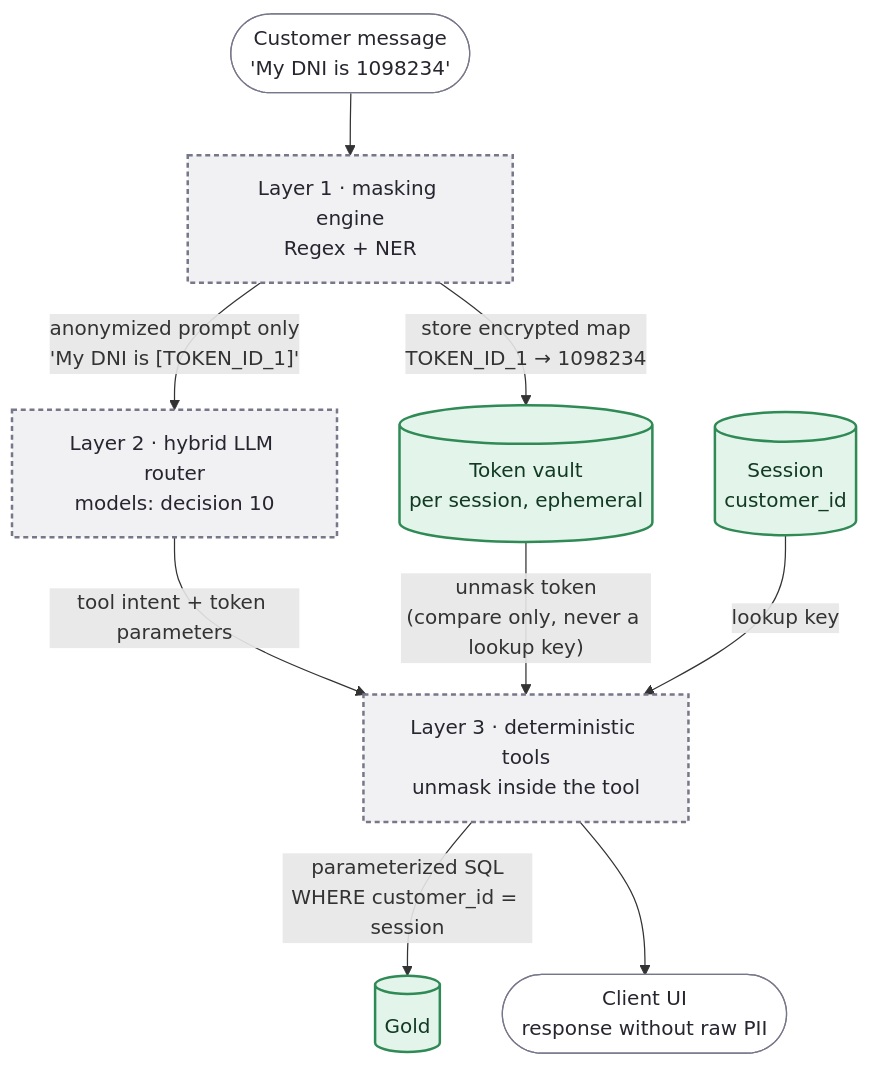
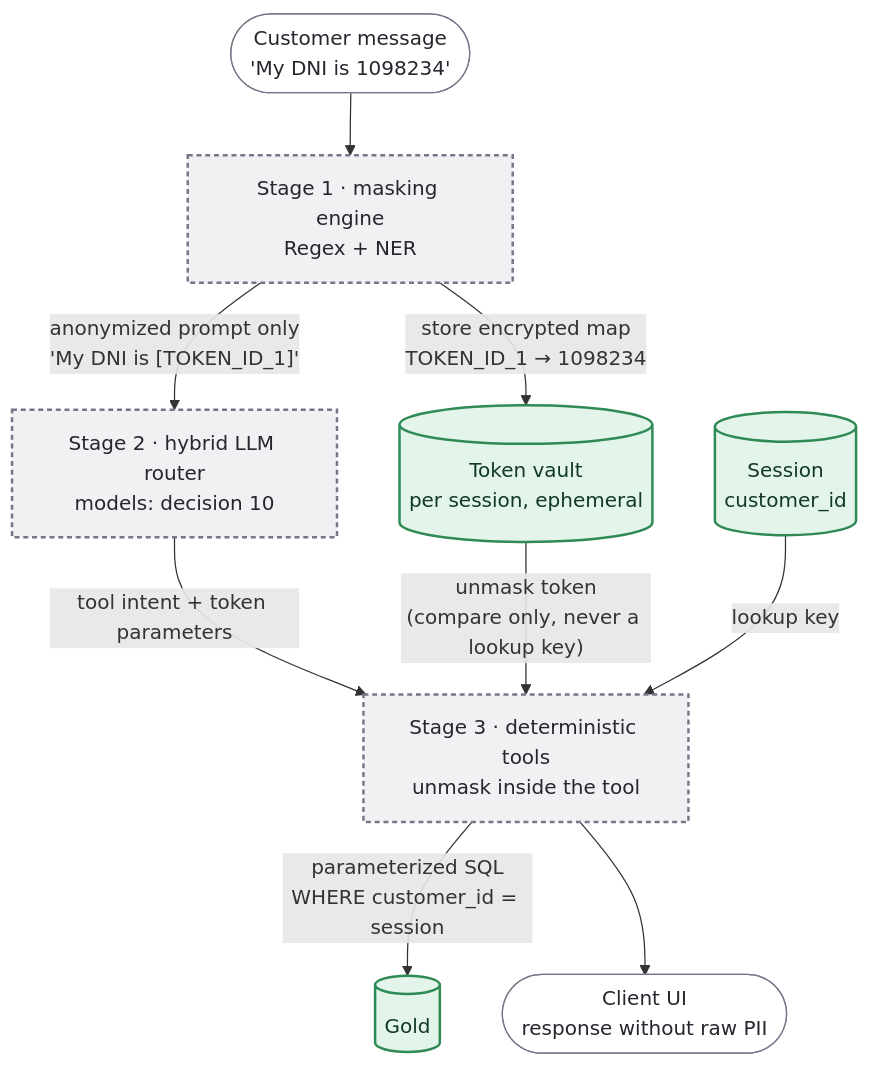
Before and after one commit to rdorta27/factored-hackathon-2026-sentinel-engine: the second of 5 diagrams in docs/build/architecture-roadmap.md, drawn with Mermaid. The commit also changed other lines of this file and 16 other files, not shown here.

````diff
--- a/docs/build/architecture-roadmap.md
+++ b/docs/build/architecture-roadmap.md
@@ -43,20 +43,20 @@
 ```mermaid
 flowchart TD
-    msg(["Customer message<br/>'My DNI is 1098234'"]) --> mask["Layer 1 · masking engine<br/>Regex + NER"]
+    msg(["Customer message<br/>'My DNI is 1098234'"]) --> mask["Stage 1 · masking engine<br/>Regex + NER"]
     mask -- "store encrypted map<br/>TOKEN_ID_1 → 1098234" --> vault[("Token vault<br/>per session, ephemeral")]
-    mask -- "anonymized prompt only<br/>'My DNI is [TOKEN_ID_1]'" --> llm["Layer 2 · hybrid LLM router<br/>models: decision 10"]
-    llm -- "tool intent + token parameters" --> tools["Layer 3 · deterministic tools<br/>unmask inside the tool"]
+    mask -- "anonymized prompt only<br/>'My DNI is [TOKEN_ID_1]'" --> llm["Stage 2 · hybrid LLM router<br/>models: decision 10"]
+    llm -- "tool intent + token parameters" --> tools["Stage 3 · deterministic tools<br/>unmask inside the tool"]
     vault -- "unmask token<br/>(compare only, never a lookup key)" --> tools
     session[("Session<br/>customer_id")] -- "lookup key" --> tools
     tools -- "parameterized SQL<br/>WHERE customer_id = session" --> db[("Gold")]
     tools --> ui(["Client UI<br/>response without raw PII"])
 
     classDef real fill:#dde3ff,stroke:#5b4fd6,stroke-width:2px,color:#1b1640
     classDef mock fill:#ffe9c7,stroke:#c77d12,stroke-width:2px,stroke-dasharray:6 4,color:#3a2a00
     classDef store fill:#e3f4ea,stroke:#2f8a55,stroke-width:2px,color:#123a22
     classDef proposed fill:#f1f1f4,stroke:#77778a,stroke-width:2px,stroke-dasharray:4 3,color:#26262f
     classDef ext fill:#ffffff,stroke:#77778a,stroke-width:1px,color:#26262f
     class msg,ui ext
     class mask,llm,tools proposed
     class vault,session,db store
 ```
````
